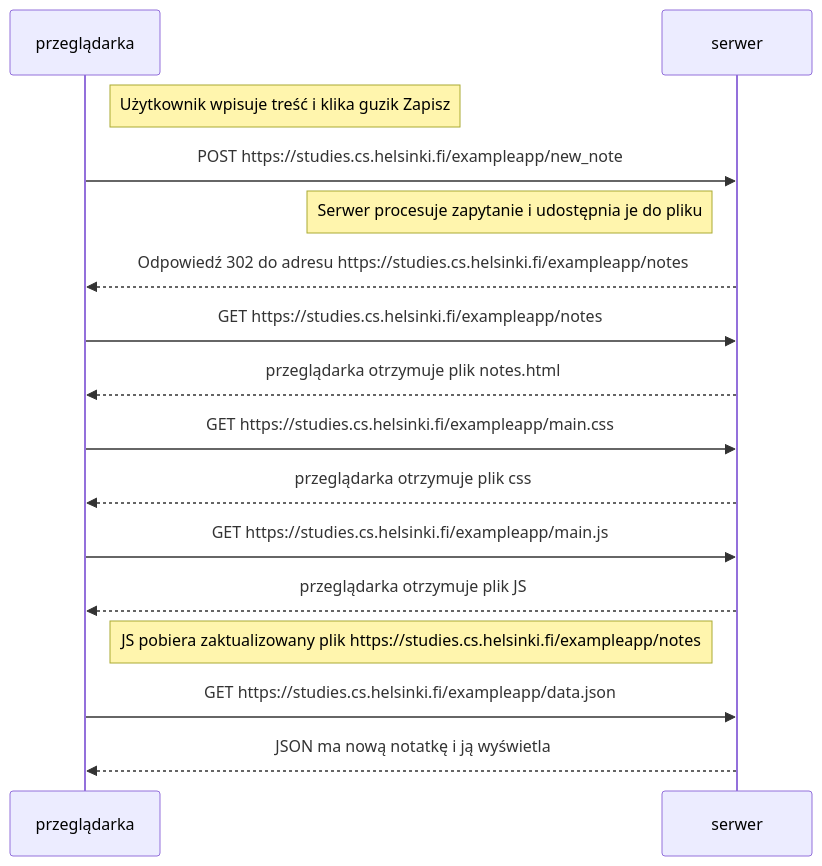
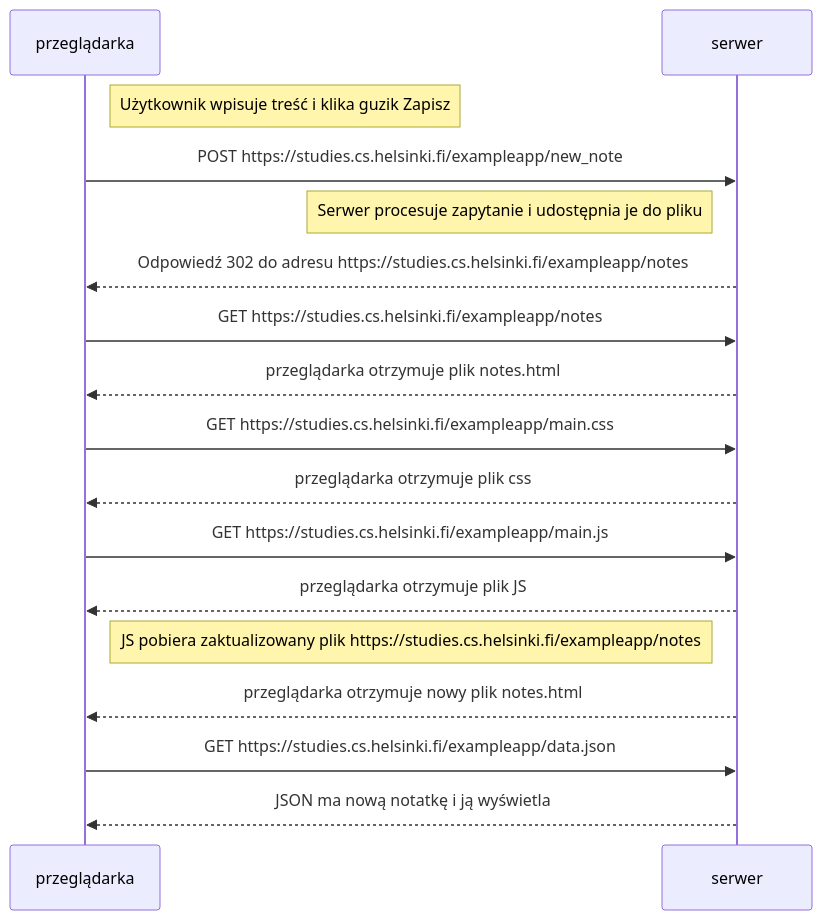
The diagram in zadanie 0.4/zadanie04moczek.mmd (hfbcgg/fullstackzadania), drawn with Mermaid before and after one commit.

```diff
--- a/zadanie 0.4/zadanie04moczek.mmd
+++ b/zadanie 0.4/zadanie04moczek.mmd
@@ -1,17 +1,18 @@
 sequenceDiagram
     participant przeglądarka
     participant serwer
 
     Note right of przeglądarka: Użytkownik wpisuje treść i klika guzik Zapisz
     przeglądarka->>serwer: POST https://studies.cs.helsinki.fi/exampleapp/new_note
     Note left of serwer: Serwer procesuje zapytanie i udostępnia je do pliku
     serwer-->>przeglądarka: Odpowiedź 302 do adresu https://studies.cs.helsinki.fi/exampleapp/notes
     przeglądarka->>serwer: GET https://studies.cs.helsinki.fi/exampleapp/notes
     serwer-->>przeglądarka: przeglądarka otrzymuje plik notes.html
     przeglądarka->>serwer: GET https://studies.cs.helsinki.fi/exampleapp/main.css
     serwer-->>przeglądarka: przeglądarka otrzymuje plik css
     przeglądarka->>serwer: GET https://studies.cs.helsinki.fi/exampleapp/main.js
     serwer-->>przeglądarka: przeglądarka otrzymuje plik JS
     Note right of przeglądarka: JS pobiera zaktualizowany plik https://studies.cs.helsinki.fi/exampleapp/notes
+    serwer-->>przeglądarka:przeglądarka otrzymuje nowy plik notes.html
     przeglądarka->>serwer: GET https://studies.cs.helsinki.fi/exampleapp/data.json
     serwer-->>przeglądarka: JSON ma nową notatkę i ją wyświetla
```
